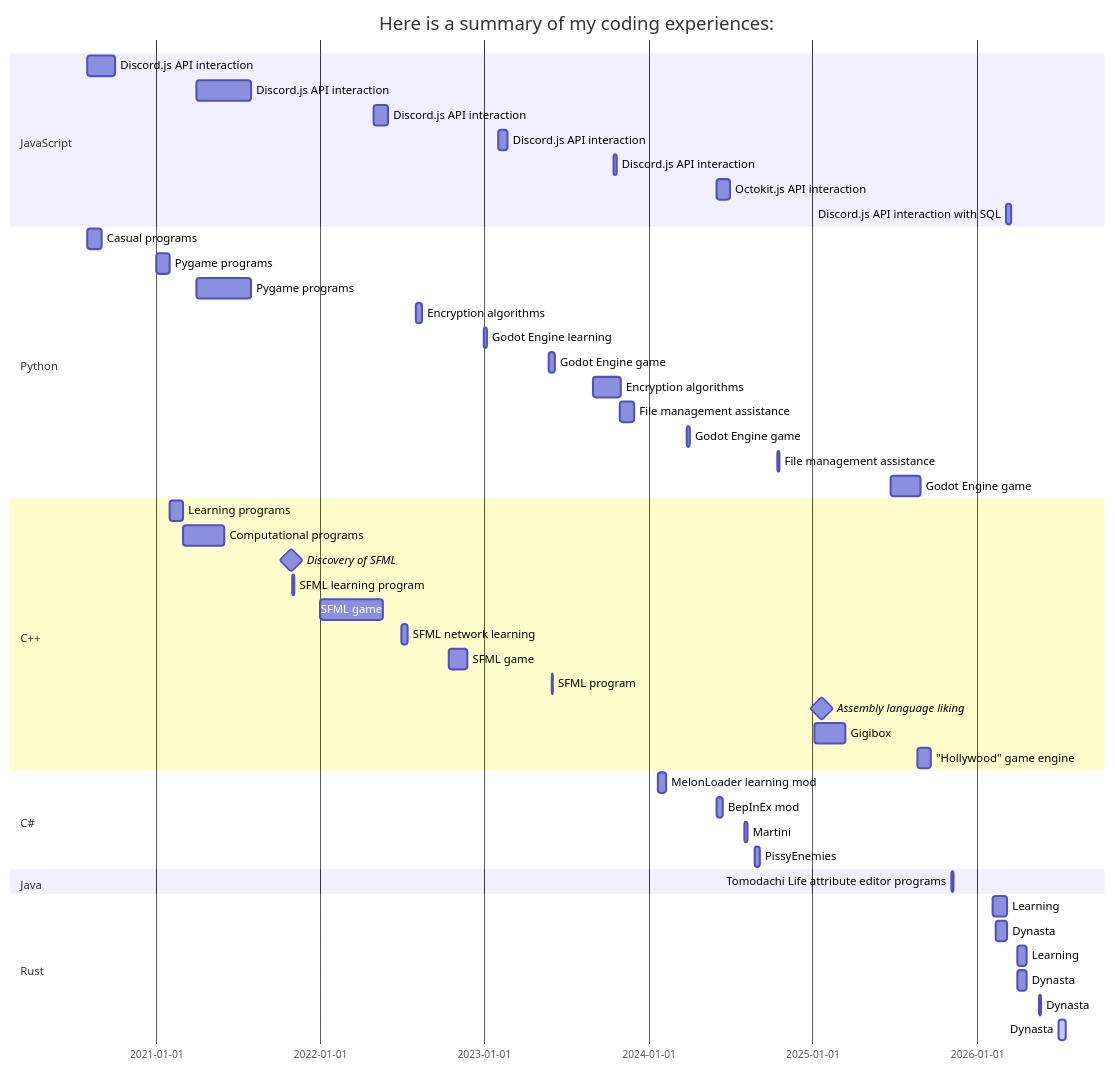
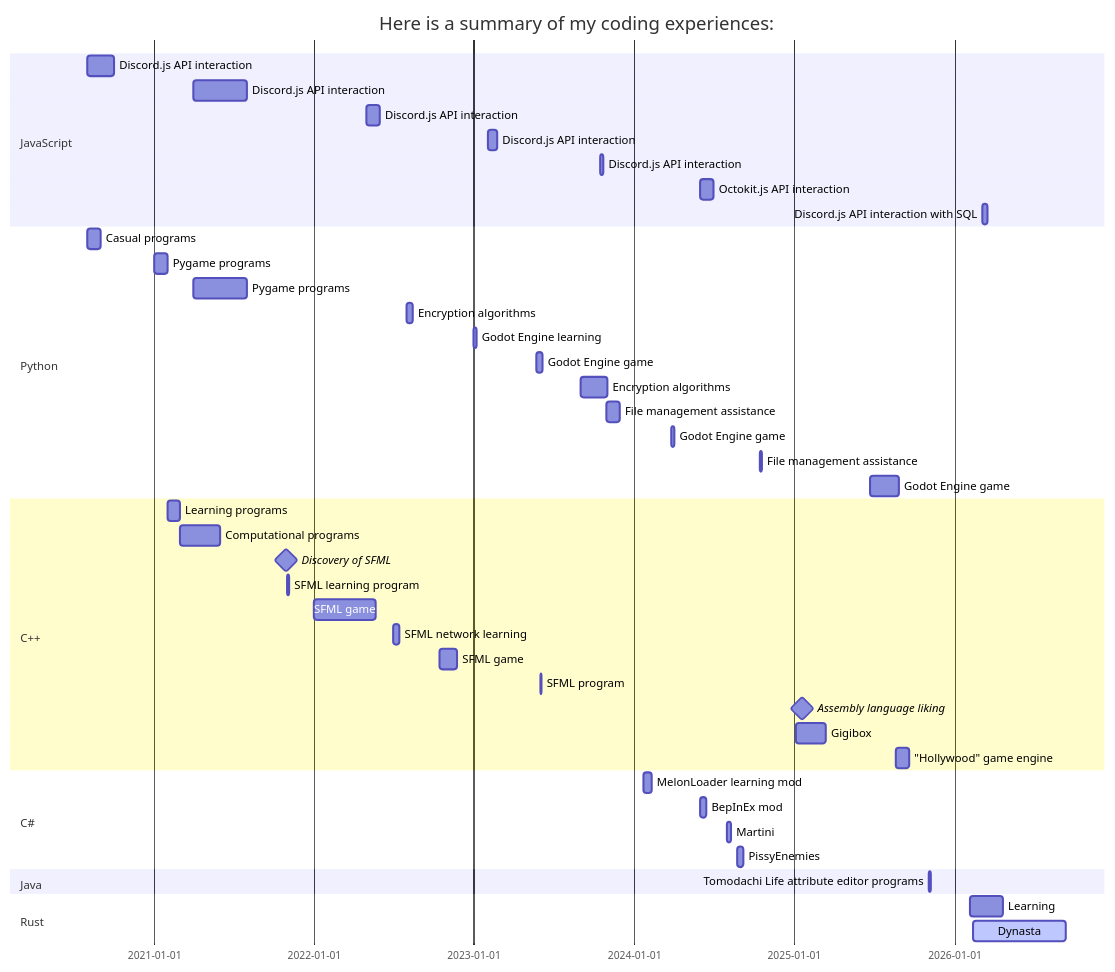
Before and after one commit to Simonciott/Simonciott: the diagram in README.md, drawn with Mermaid. The commit also changed other lines of this file, not shown here.

````diff
--- a/README.md
+++ b/README.md
@@ -3,51 +3,47 @@
 ```mermaid
 gantt
     title Here is a summary of my coding experiences:
     dateFormat YYYY-MM-DD
     section JavaScript
         Discord.js API interaction: jsd1, 2020-08, 2M
         Discord.js API interaction: jsd2, 2021-04, 4M
         Discord.js API interaction: jsd3, 2022-05, 1M
         Discord.js API interaction: jsd4, 2023-02, 3w
         Discord.js API interaction: jsd5, 2023-10-15, 1w
         Octokit.js API interaction: ok1, 2024-06-01, 1M
         Discord.js API interaction with SQL: jsd6, 2026-03-07, 2026-03-19
     section Python
         Casual programs: 2020-08, 1M
         Pygame programs: pg1, 2021-01, until clp
         Pygame programs: pg2, 2021-04, 4M
         Encryption algorithms: pea1, 2022-08, 2w
         Godot Engine learning: gel, 2023-01-1, 1w
         Godot Engine game: ge1, 2023-05-24, 2w
         Encryption algorithms: pea2, 2023-09, 2M
         File management assistance: fma1, 2023-10-30, 1M
         Godot Engine game: ge2, 2024-03-26, 1w
         File management assistance: fma2, 2024-10-15, 4d
         Godot Engine game: ge3, 2025-06-24, 2025-08-29
     section C++
         Learning programs: clp, 2021-02, 1M
         Computational programs: cp, after clp, 3M
         Discovery of SFML: milestone, sfml, 2021-10-29, 0d
         SFML learning program: 2021-11-01, 3d
         SFML game: sfmlg1, 2022-01, 20w
         SFML network learning: 2022-07, 2w
         SFML game: sfmlg2, 2022-10-15, 40d
         SFML program: 2023-06, 2d
         Assembly language liking: milestone, 2025-01-20, 0d
         Gigibox: 2025-01-06, 2025-03-15
         "Hollywood" game engine: 2025-08-21, 2025-09-21
     section C#
         MelonLoader learning mod: 2024-01-23, 2024-02-10
         BepInEx mod: 2024-06, 2w
         Martini: 2024-08-01, 2024-08-09
         PissyEnemies: 2024-08-24, 2024-09-06
     section Java
         Tomodachi Life attribute editor programs: 2025-11-05, 5d
     section Rust
-        Learning: rsl, 2026-02-06, 2026-03-09
-        Dynasta: rsp, 2026-02-13, 2026-03-09
-        Learning: rsl2, 2026-04-01, 2026-04-22
-        Dynasta: rsp2, 2026-04-01, 2026-04-22
-        Dynasta: rsp3, 2026-05-19, 2026-05-24
-        Dynasta: active, rsp4, 2026-07-03, 2026-07-18
+        Learning: rsl, 2026-02-06, 2026-04-22
+        Dynasta: active, rsp, 2026-02-13, 2026-09-13
 ```
````
